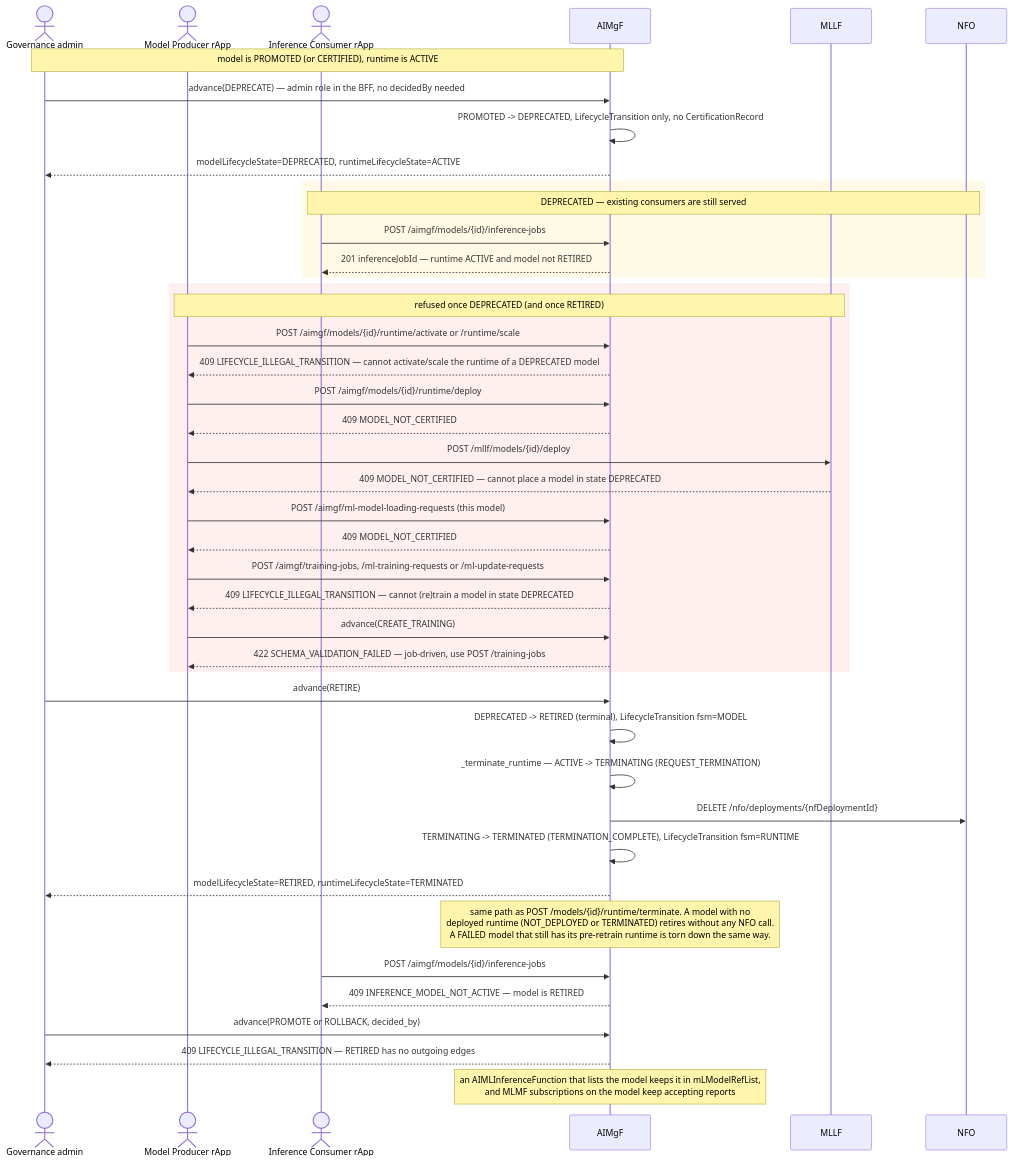
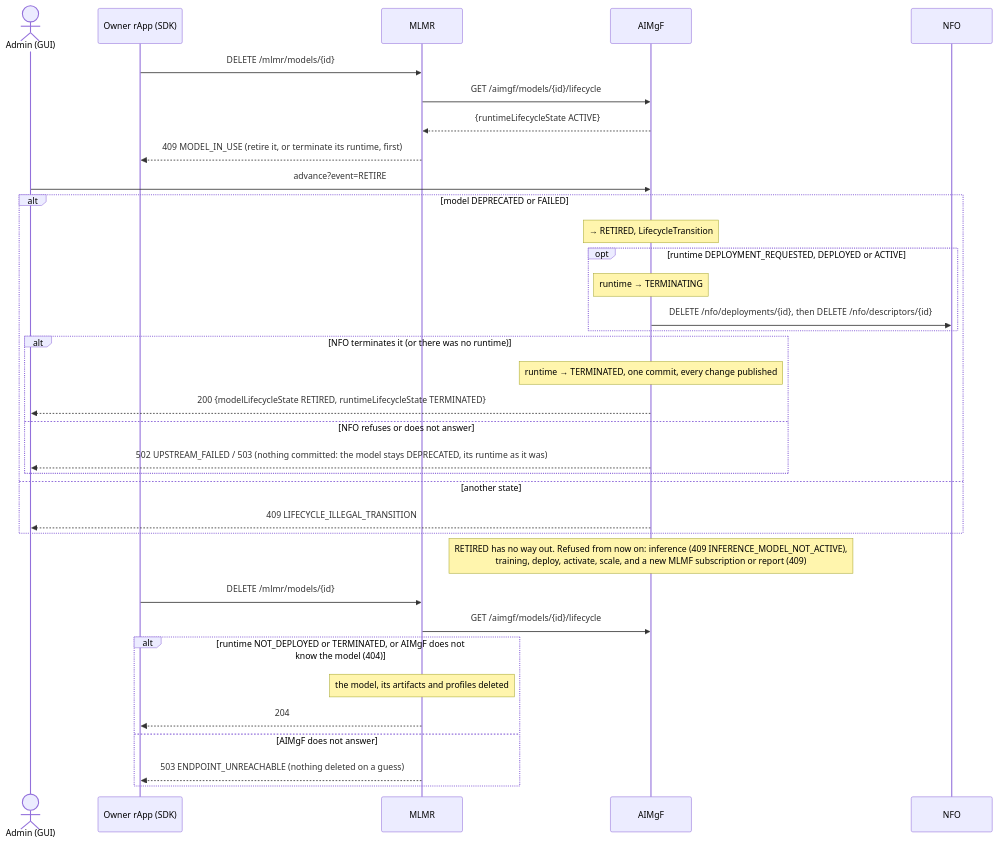
The fifth of 5 diagrams in smo/docs/call-flows/26-model-governance-and-end-of-life.md (rsys-bshankar/ai-ran-smo), drawn with Mermaid before and after one commit. The commit also changed other lines of this file and 27 other files, not shown here.

First line of the commit message:
Call flow 26 rewritten: decider recorded, model lifecycle events, serving model not deletable (DOC-CF-1.7)

````diff
--- a/smo/docs/call-flows/26-model-governance-and-end-of-life.md
+++ b/smo/docs/call-flows/26-model-governance-and-end-of-life.md
@@ -246,50 +191,41 @@
 ```mermaid
 sequenceDiagram
-    actor Admin as Governance admin
-    actor Producer as Model Producer rApp
-    actor Consumer as Inference Consumer rApp
-    participant AIMgF as AIMgF
-    participant MLLF as MLLF
+    actor Ad as Admin (GUI)
+    participant R as Owner rApp (SDK)
+    participant MLMR as MLMR
+    participant AIM as AIMgF
     participant NFO as NFO
 
-    Note over Admin,AIMgF: model is PROMOTED (or CERTIFIED), runtime is ACTIVE
-    Admin->>AIMgF: advance(DEPRECATE) — admin role in the BFF, no decidedBy needed
-    AIMgF->>AIMgF: PROMOTED -> DEPRECATED, LifecycleTransition only, no CertificationRecord
-    AIMgF-->>Admin: modelLifecycleState=DEPRECATED, runtimeLifecycleState=ACTIVE
+    R->>MLMR: DELETE /mlmr/models/{id}
+    MLMR->>AIM: GET /aimgf/models/{id}/lifecycle
+    AIM-->>MLMR: {runtimeLifecycleState ACTIVE}
+    MLMR-->>R: 409 MODEL_IN_USE (retire it, or terminate its runtime, first)
 
-    rect rgb(255, 250, 230)
-    Note over Consumer,NFO: DEPRECATED — existing consumers are still served
-    Consumer->>AIMgF: POST /aimgf/models/{id}/inference-jobs
-    AIMgF-->>Consumer: 201 inferenceJobId — runtime ACTIVE and model not RETIRED
+    Ad->>AIM: advance?event=RETIRE
+    alt model DEPRECATED or FAILED
+        Note over AIM: → RETIRED, LifecycleTransition
+        opt runtime DEPLOYMENT_REQUESTED, DEPLOYED or ACTIVE
+            Note over AIM: runtime → TERMINATING
+            AIM->>NFO: DELETE /nfo/deployments/{id}, then DELETE /nfo/descriptors/{id}
+        end
+        alt NFO terminates it (or there was no runtime)
+            Note over AIM: runtime → TERMINATED, one commit, every change published
+            AIM-->>Ad: 200 {modelLifecycleState RETIRED, runtimeLifecycleState TERMINATED}
+        else NFO refuses or does not answer
+            AIM-->>Ad: 502 UPSTREAM_FAILED / 503 (nothing committed: the model stays DEPRECATED, its runtime as it was)
+        end
+    else another state
+        AIM-->>Ad: 409 LIFECYCLE_ILLEGAL_TRANSITION
     end
 
-    rect rgb(255, 240, 240)
-    Note over Producer,MLLF: refused once DEPRECATED (and once RETIRED)
-    Producer->>AIMgF: POST /aimgf/models/{id}/runtime/activate or /runtime/scale
-    AIMgF-->>Producer: 409 LIFECYCLE_ILLEGAL_TRANSITION — cannot activate/scale the runtime of a DEPRECATED model
-    Producer->>AIMgF: POST /aimgf/models/{id}/runtime/deploy
-    AIMgF-->>Producer: 409 MODEL_NOT_CERTIFIED
-    Producer->>MLLF: POST /mllf/models/{id}/deploy
-    MLLF-->>Producer: 409 MODEL_NOT_CERTIFIED — cannot place a model in state DEPRECATED
-    Producer->>AIMgF: POST /aimgf/ml-model-loading-requests (this model)
-    AIMgF-->>Producer: 409 MODEL_NOT_CERTIFIED
-    Producer->>AIMgF: POST /aimgf/training-jobs, /ml-training-requests or /ml-update-requests
-    AIMgF-->>Producer: 409 LIFECYCLE_ILLEGAL_TRANSITION — cannot (re)train a model in state DEPRECATED
-    Producer->>AIMgF: advance(CREATE_TRAINING)
-    AIMgF-->>Producer: 422 SCHEMA_VALIDATION_FAILED — job-driven, use POST /training-jobs
+    Note over AIM: RETIRED has no way out. Refused from now on: inference (409 INFERENCE_MODEL_NOT_ACTIVE),<br/>training, deploy, activate, scale, and a new MLMF subscription or report (409)
+
+    R->>MLMR: DELETE /mlmr/models/{id}
+    MLMR->>AIM: GET /aimgf/models/{id}/lifecycle
+    alt runtime NOT_DEPLOYED or TERMINATED, or AIMgF does not know the model (404)
+        Note over MLMR: the model, its artifacts and profiles deleted
+        MLMR-->>R: 204
+    else AIMgF does not answer
+        MLMR-->>R: 503 ENDPOINT_UNREACHABLE (nothing deleted on a guess)
     end
-
-    Admin->>AIMgF: advance(RETIRE)
-    AIMgF->>AIMgF: DEPRECATED -> RETIRED (terminal), LifecycleTransition fsm=MODEL
-    AIMgF->>AIMgF: _terminate_runtime — ACTIVE -> TERMINATING (REQUEST_TERMINATION)
-    AIMgF->>NFO: DELETE /nfo/deployments/{nfDeploymentId}
-    AIMgF->>AIMgF: TERMINATING -> TERMINATED (TERMINATION_COMPLETE), LifecycleTransition fsm=RUNTIME
-    AIMgF-->>Admin: modelLifecycleState=RETIRED, runtimeLifecycleState=TERMINATED
-    Note over AIMgF: same path as POST /models/{id}/runtime/terminate. A model with no<br/>deployed runtime (NOT_DEPLOYED or TERMINATED) retires without any NFO call.<br/>A FAILED model that still has its pre-retrain runtime is torn down the same way.
-
-    Consumer->>AIMgF: POST /aimgf/models/{id}/inference-jobs
-    AIMgF-->>Consumer: 409 INFERENCE_MODEL_NOT_ACTIVE — model is RETIRED
-    Admin->>AIMgF: advance(PROMOTE or ROLLBACK, decided_by)
-    AIMgF-->>Admin: 409 LIFECYCLE_ILLEGAL_TRANSITION — RETIRED has no outgoing edges
-    Note over AIMgF: an AIMLInferenceFunction that lists the model keeps it in mLModelRefList,<br/>and MLMF subscriptions on the model keep accepting reports
 ```
````
